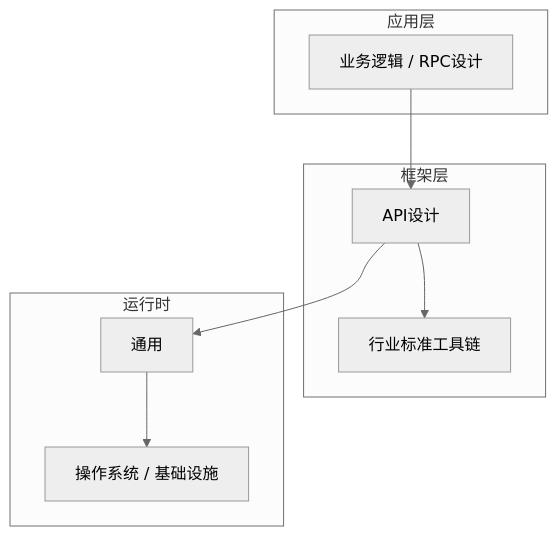
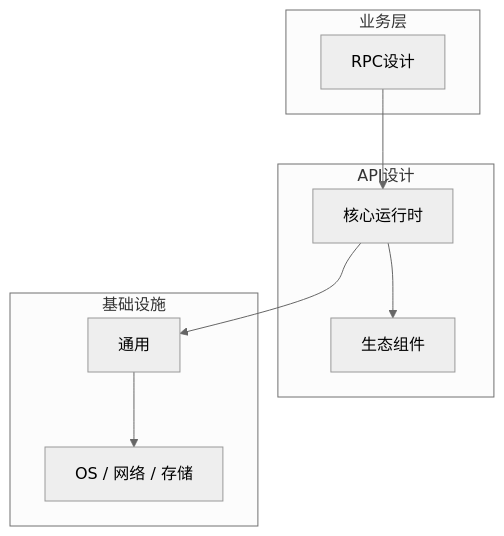
The diagram in articles/API设计/chapters/019-RPC设计核心概念与原理.md (yanggan2015/knowledge-json-v2), drawn with Mermaid (neutral theme) before and after one commit. The commit also changed other lines of this file and 10127 other files, not shown here.

````diff
--- a/articles/API设计/chapters/019-RPC设计核心概念与原理.md
+++ b/articles/API设计/chapters/019-RPC设计核心概念与原理.md
@@ -45,18 +34,18 @@
 ```mermaid
 graph TB
-    subgraph 应用层
-        A[业务逻辑 / RPC设计]
+    subgraph 业务层
+        A[RPC设计]
     end
-    subgraph 框架层
-        B[API设计]
-        C[行业标准工具链]
+    subgraph API设计
+        B[核心运行时]
+        C[生态组件]
     end
-    subgraph 运行时
+    subgraph 基础设施
         D[通用]
-        E[操作系统 / 基础设施]
+        E[OS / 网络 / 存储]
     end
     A --> B
     B --> C
     B --> D
     D --> E
 ```
````
